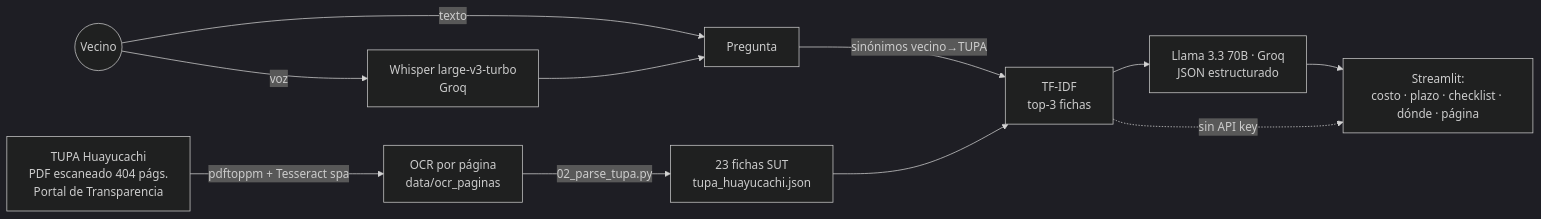
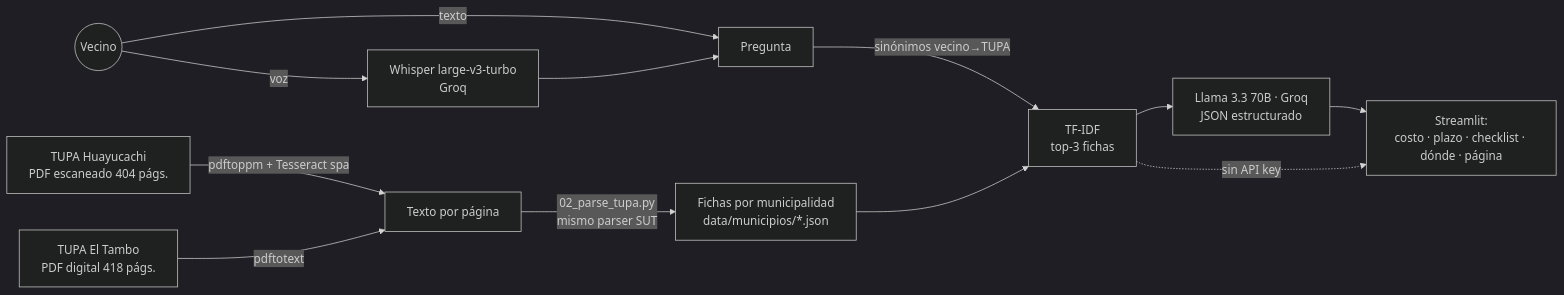
One commit to alvarorubencarhuamaca/wayki changed the diagram in README.md. Above: the diagram before and after it, drawn with Mermaid (dark theme). The commit also changed other lines of this file and 528 other files, not shown here.

First line of the commit message:
Multi-municipalidad: parser configurable, El Tambo (178 procedimientos) y selector en la app

````diff
--- a/README.md
+++ b/README.md
@@ -83,13 +95,14 @@
 ```mermaid
 flowchart LR
-    A[TUPA Huayucachi<br/>PDF escaneado 404 págs.<br/>Portal de Transparencia] -->|pdftoppm + Tesseract spa| B[OCR por página<br/>data/ocr_paginas]
-    B -->|02_parse_tupa.py| C[23 fichas SUT<br/>tupa_huayucachi.json]
+    A[TUPA Huayucachi<br/>PDF escaneado 404 págs.] -->|pdftoppm + Tesseract spa| B[Texto por página]
+    A2[TUPA El Tambo<br/>PDF digital 418 págs.] -->|pdftotext| B
+    B -->|02_parse_tupa.py<br/>mismo parser SUT| C[Fichas por municipalidad<br/>data/municipios/*.json]
     V((Vecino)) -->|voz| W[Whisper large-v3-turbo<br/>Groq]
     V -->|texto| Q[Pregunta]
     W --> Q
     Q -->|sinónimos vecino→TUPA| R[TF-IDF<br/>top-3 fichas]
     C --> R
     R --> L[Llama 3.3 70B · Groq<br/>JSON estructurado]
     L --> U[Streamlit:<br/>costo · plazo · checklist · dónde · página]
     R -.sin API key.-> U
 ```
````
